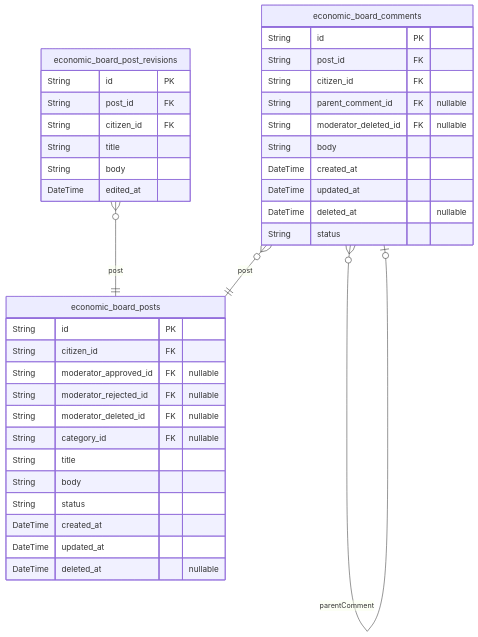
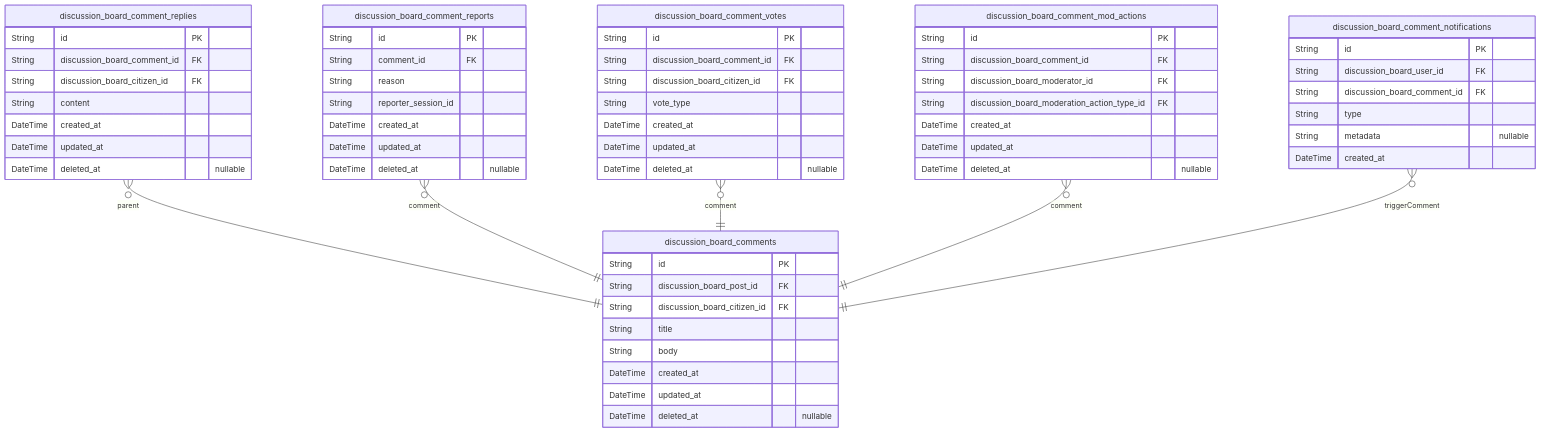
One commit to wrtnlabs/autobe-examples changed the fourth of 9 diagrams in qwen/qwen3-next-80b-a3b-instruct/bbs/docs/ERD.md. Above: the diagram before and after it, drawn with Mermaid. The commit also changed other lines of this file and 6988 other files, not shown here.

````diff
--- a/qwen/qwen3-next-80b-a3b-instruct/bbs/docs/ERD.md
+++ b/qwen/qwen3-next-80b-a3b-instruct/bbs/docs/ERD.md
@@ -418,40 +1215,62 @@
 ```mermaid
 erDiagram
-"economic_board_posts" {
+"discussion_board_comments" {
   String id PK
-  String citizen_id FK
-  String moderator_approved_id FK "nullable"
-  String moderator_rejected_id FK "nullable"
-  String moderator_deleted_id FK "nullable"
-  String category_id FK "nullable"
+  String discussion_board_post_id FK
+  String discussion_board_citizen_id FK
   String title
   String body
-  String status
   DateTime created_at
   DateTime updated_at
   DateTime deleted_at "nullable"
 }
-"economic_board_post_revisions" {
+"discussion_board_comment_replies" {
   String id PK
-  String post_id FK
-  String citizen_id FK
-  String title
-  String body
-  DateTime edited_at
-}
-"economic_board_comments" {
-  String id PK
-  String post_id FK
-  String citizen_id FK
-  String parent_comment_id FK "nullable"
-  String moderator_deleted_id FK "nullable"
-  String body
+  String discussion_board_comment_id FK
+  String discussion_board_citizen_id FK
+  String content
   DateTime created_at
   DateTime updated_at
   DateTime deleted_at "nullable"
-  String status
 }
-"economic_board_post_revisions" }o--|| "economic_board_posts" : post
-"economic_board_comments" }o--|| "economic_board_posts" : post
-"economic_board_comments" }o--o| "economic_board_comments" : parentComment
+"discussion_board_comment_reports" {
+  String id PK
+  String comment_id FK
+  String reason
+  String reporter_session_id
+  DateTime created_at
+  DateTime updated_at
+  DateTime deleted_at "nullable"
+}
+"discussion_board_comment_votes" {
+  String id PK
+  String discussion_board_comment_id FK
+  String discussion_board_citizen_id FK
+  String vote_type
+  DateTime created_at
+  DateTime updated_at
+  DateTime deleted_at "nullable"
+}
+"discussion_board_comment_mod_actions" {
+  String id PK
+  String discussion_board_comment_id FK
+  String discussion_board_moderator_id FK
+  String discussion_board_moderation_action_type_id FK
+  DateTime created_at
+  DateTime updated_at
+  DateTime deleted_at "nullable"
+}
+"discussion_board_comment_notifications" {
+  String id PK
+  String discussion_board_user_id FK
+  String discussion_board_comment_id FK
+  String type
+  String metadata "nullable"
+  DateTime created_at
+}
+"discussion_board_comment_replies" }o--|| "discussion_board_comments" : parent
+"discussion_board_comment_reports" }o--|| "discussion_board_comments" : comment
+"discussion_board_comment_votes" }o--|| "discussion_board_comments" : comment
+"discussion_board_comment_mod_actions" }o--|| "discussion_board_comments" : comment
+"discussion_board_comment_notifications" }o--|| "discussion_board_comments" : triggerComment
 ```
````
